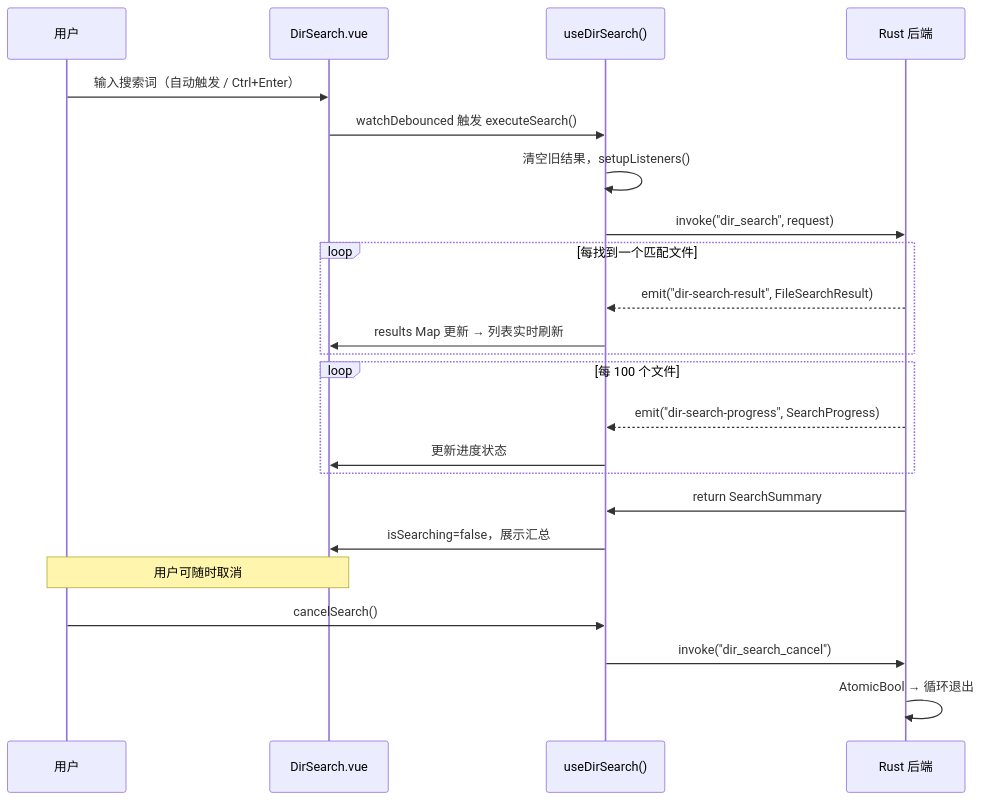
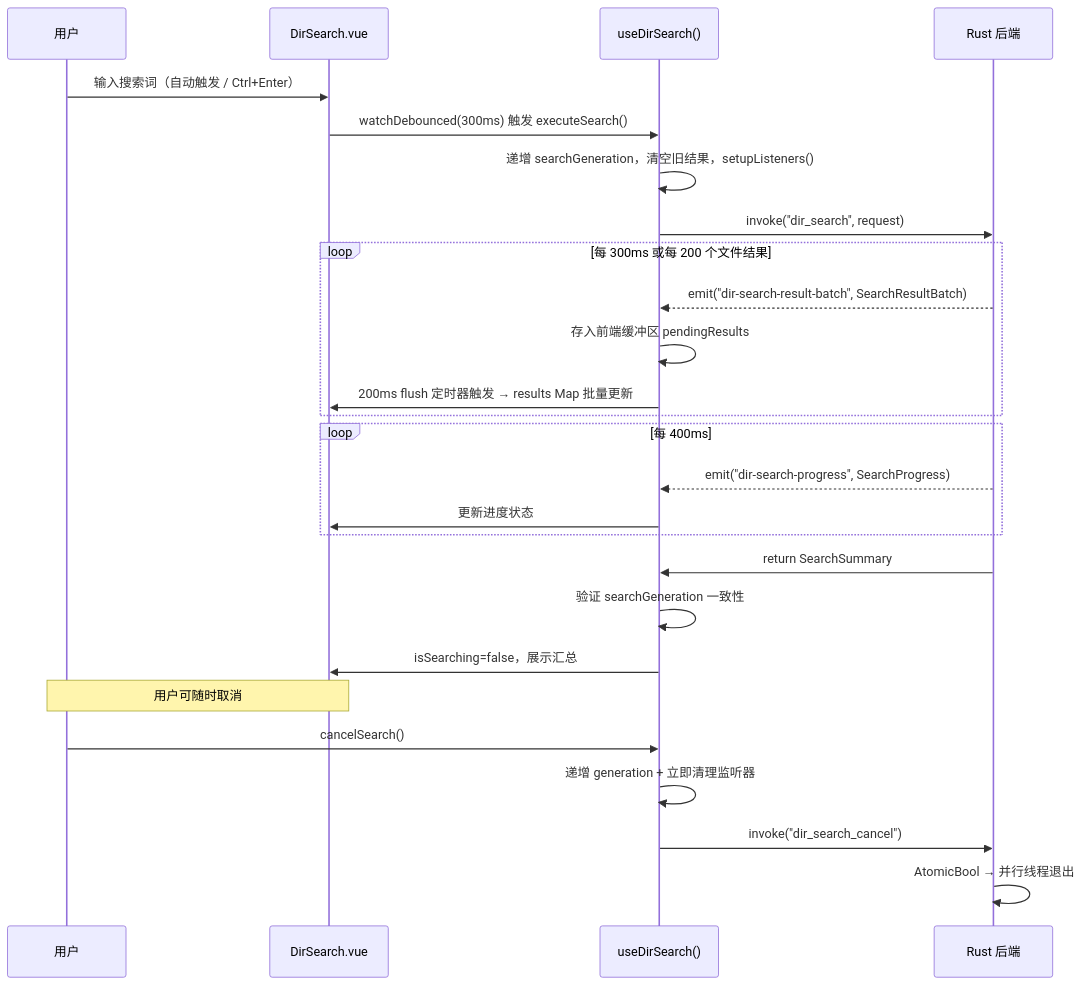
One commit to miaotouy/aio-hub changed the first of 4 diagrams in src/tools/dir-search/ARCHITECTURE.md. Above: the diagram before and after it, drawn with Mermaid. The commit also changed other lines of this file, not shown here.

First line of the commit message:
docs(dir-search): 同步架构文档以反映最新实现变更

````diff
--- a/src/tools/dir-search/ARCHITECTURE.md
+++ b/src/tools/dir-search/ARCHITECTURE.md
@@ -73,30 +83,33 @@
 ```mermaid
 sequenceDiagram
     participant User as 用户
     participant UI as DirSearch.vue
     participant Comp as useDirSearch()
     participant Rust as Rust 后端
 
     User->>UI: 输入搜索词（自动触发 / Ctrl+Enter）
-    UI->>Comp: watchDebounced 触发 executeSearch()
-    Comp->>Comp: 清空旧结果，setupListeners()
+    UI->>Comp: watchDebounced(300ms) 触发 executeSearch()
+    Comp->>Comp: 递增 searchGeneration，清空旧结果，setupListeners()
     Comp->>Rust: invoke("dir_search", request)
 
-    loop 每找到一个匹配文件
-        Rust-->>Comp: emit("dir-search-result", FileSearchResult)
-        Comp->>UI: results Map 更新 → 列表实时刷新
+    loop 每 300ms 或每 200 个文件结果
+        Rust-->>Comp: emit("dir-search-result-batch", SearchResultBatch)
+        Comp->>Comp: 存入前端缓冲区 pendingResults
+        Comp->>UI: 200ms flush 定时器触发 → results Map 批量更新
     end
 
-    loop 每 100 个文件
+    loop 每 400ms
         Rust-->>Comp: emit("dir-search-progress", SearchProgress)
         Comp->>UI: 更新进度状态
     end
 
     Rust->>Comp: return SearchSummary
+    Comp->>Comp: 验证 searchGeneration 一致性
     Comp->>UI: isSearching=false，展示汇总
 
     Note over User,UI: 用户可随时取消
     User->>Comp: cancelSearch()
+    Comp->>Comp: 递增 generation + 立即清理监听器
     Comp->>Rust: invoke("dir_search_cancel")
-    Rust->>Rust: AtomicBool → 循环退出
+    Rust->>Rust: AtomicBool → 并行线程退出
 ```
````
